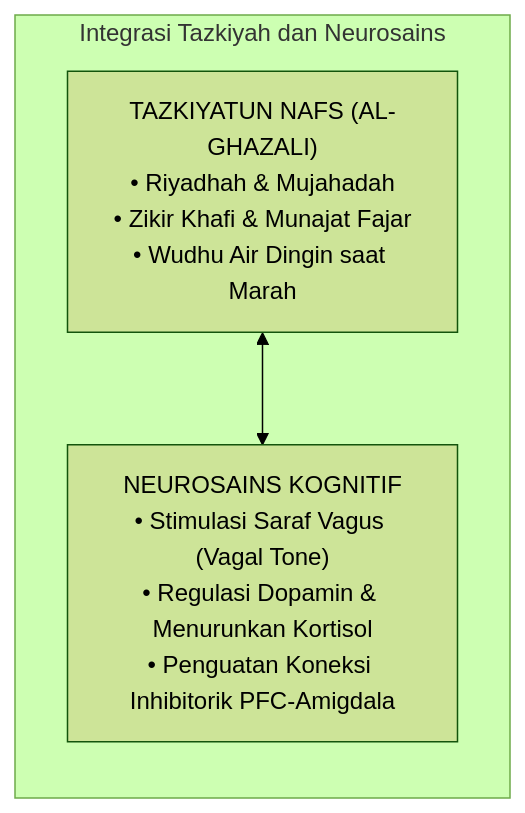
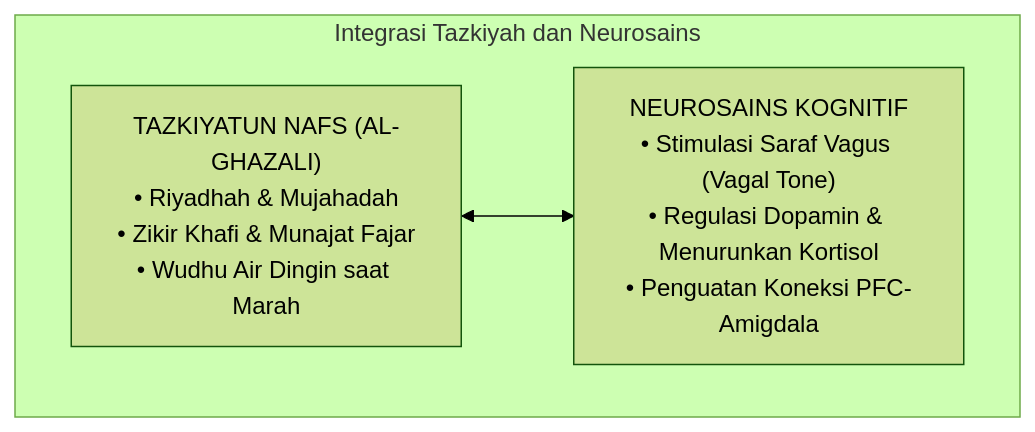
One commit to wandiapriliyandi/tumbuh changed the sixth of 6 diagrams in BOOK Series 1/01-The-Fundamental-of-TUMBUH/Bab-04-Antropologi-Jiwa-Santri-Hakikat-Fitrah-dan-Komponen-Kejiwaan.md. Above: the diagram before and after it, drawn with Mermaid (forest theme). The commit also changed other lines of this file and 37 other files, not shown here.

Commit message:
fix(book-01): optimasi pemenggalan teks dan overflow seluruh diagram serta render ulang 20 PDF

````diff
--- a/BOOK Series 1/01-The-Fundamental-of-TUMBUH/Bab-04-Antropologi-Jiwa-Santri-Hakikat-Fitrah-dan-Komponen-Kejiwaan.md
+++ b/BOOK Series 1/01-The-Fundamental-of-TUMBUH/Bab-04-Antropologi-Jiwa-Santri-Hakikat-Fitrah-dan-Komponen-Kejiwaan.md
@@ -219,8 +219,8 @@
 ```mermaid
-graph LR
+graph TD
     subgraph SINTESIS_PENYUCIAN_JIWA["Integrasi Tazkiyah dan Neurosains"]
         T["TAZKIYATUN NAFS (AL-GHAZALI)<br/>• Riyadhah & Mujahadah<br/>• Zikir Khafi & Munajat Fajar<br/>• Wudhu Air Dingin saat Marah"] 
         <--> 
-        N["NEUROSAINS KOGNITIF<br/>• Stimulasi Saraf Vagus (Vagal Tone)<br/>• Regulasi Dopamin & Menurunkan Kortisol<br/>• Penguatan Koneksi Inhibitorik PFC-Amigdala"]
+        N["NEUROSAINS KOGNITIF<br/>• Stimulasi Saraf Vagus (Vagal Tone)<br/>• Regulasi Dopamin & Menurunkan Kortisol<br/>• Penguatan Koneksi PFC-Amigdala"]
     end
 ```
````
